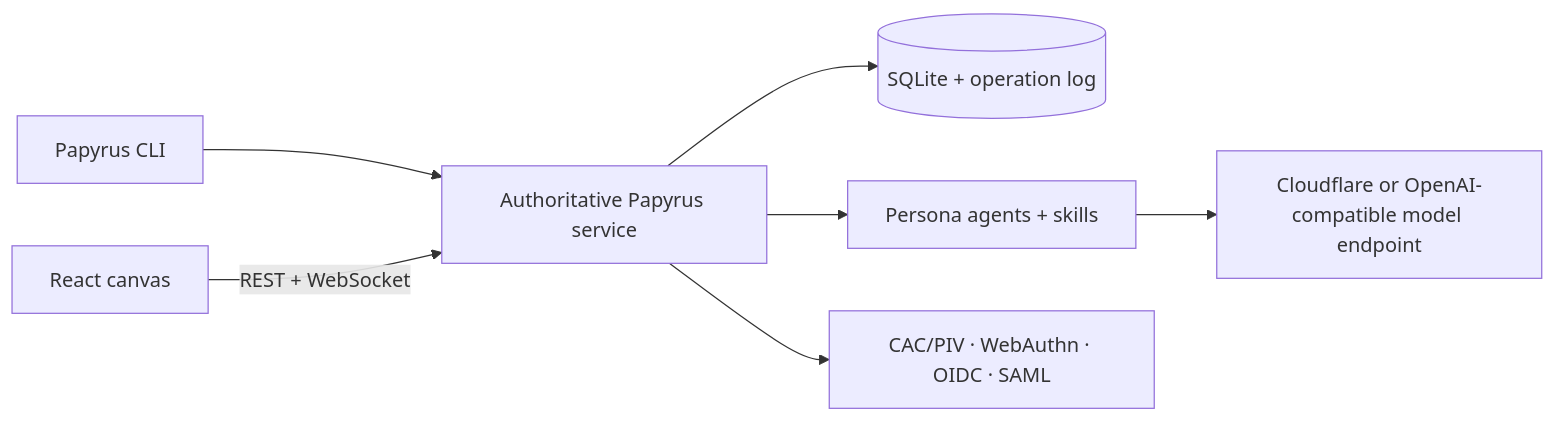
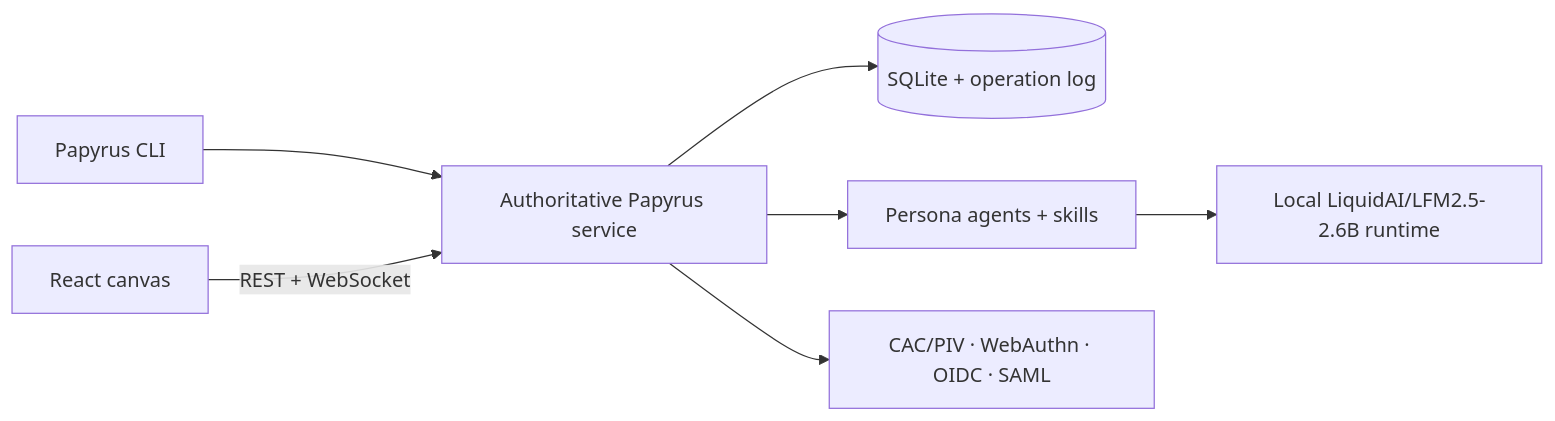
One commit to beaglabs/papyrus changed the diagram in README.md. Above: the diagram before and after it, drawn with Mermaid. The commit also changed other lines of this file and 14 other files, not shown here.

Commit message:
Pin Papyrus to LFM2.5 and open workspaces directly

````diff
--- a/README.md
+++ b/README.md
@@ -30,9 +30,9 @@
 ```mermaid
 flowchart LR
   CLI[Papyrus CLI] --> D[Authoritative Papyrus service]
   WEB[React canvas] -->|REST + WebSocket| D
   D --> DB[(SQLite + operation log)]
   D --> AG[Persona agents + skills]
-  AG --> LLM[Cloudflare or OpenAI-compatible model endpoint]
+  AG --> LLM[Local LiquidAI/LFM2.5-2.6B runtime]
   D --> IDP[CAC/PIV · WebAuthn · OIDC · SAML]
 ```
````
